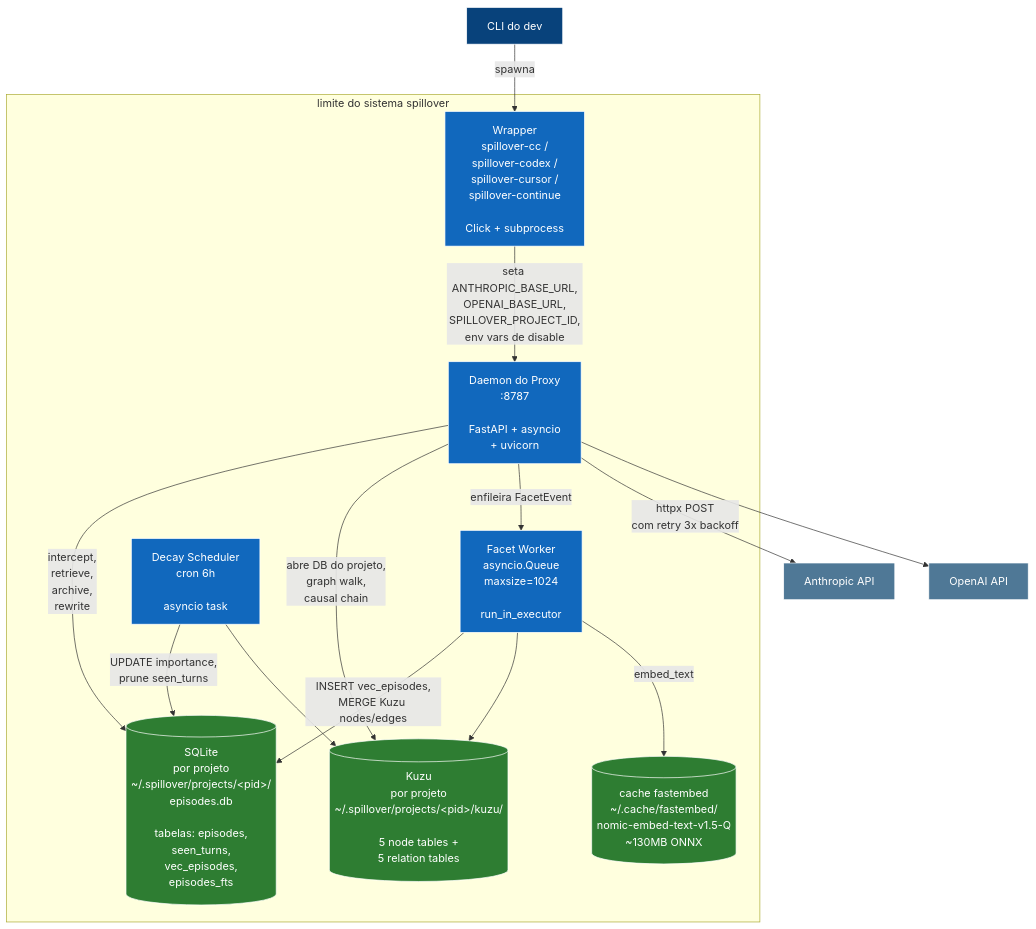
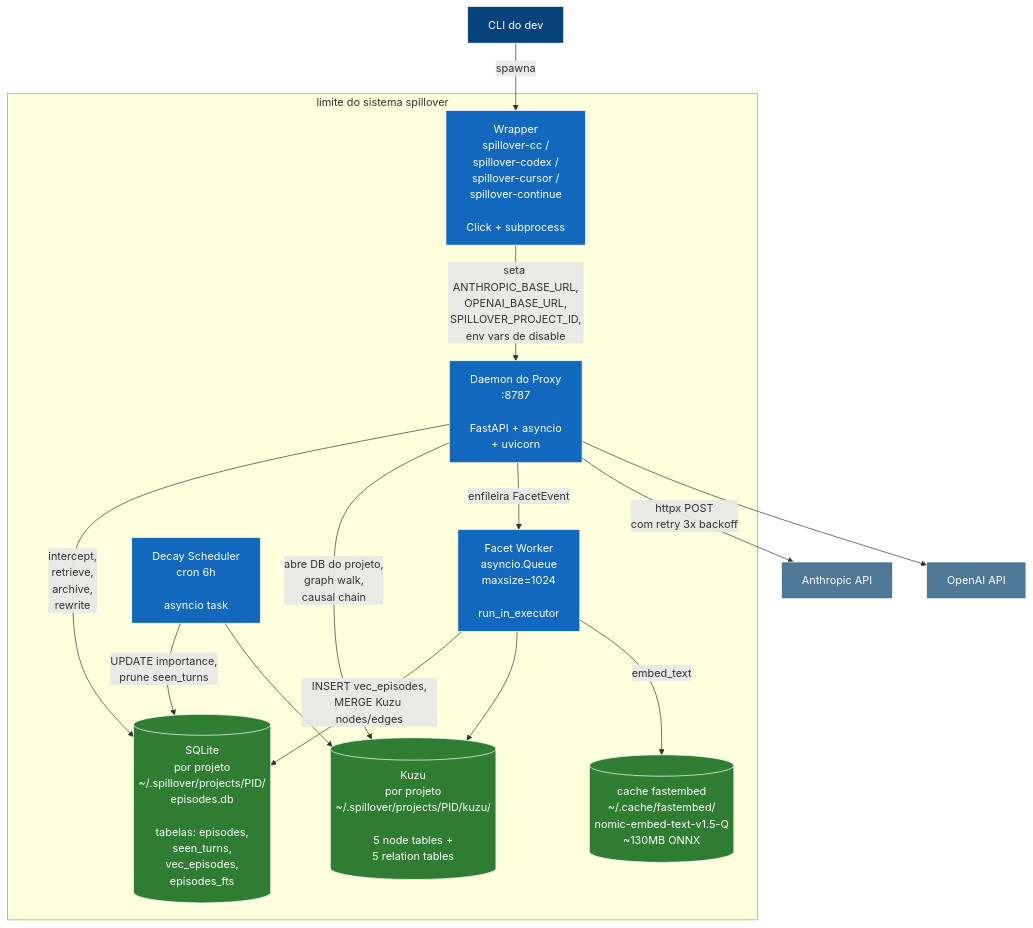
Before and after one commit to Luizhcrs/spillover: the diagram in docs/architecture/02-container.md, drawn with Mermaid. The commit also changed 8 other files, not shown here.

Commit message:
docs(architecture): corrigir syntax errors do mermaid (remover <b>, &lt;/&gt;, colons em labels)

````diff
--- a/docs/architecture/02-container.md
+++ b/docs/architecture/02-container.md
@@ -5,38 +5,38 @@
 ```mermaid
 graph TB
     classDef external fill:#4f7896,stroke:#fff,color:#fff
     classDef container fill:#1168bd,stroke:#fff,color:#fff
     classDef store fill:#2e7d32,stroke:#fff,color:#fff
     classDef person fill:#08427b,stroke:#fff,color:#fff
 
     user[CLI do dev]:::person
 
     subgraph spillover_system["limite do sistema spillover"]
         wrapper["Wrapper<br/>spillover-cc /<br/>spillover-codex /<br/>spillover-cursor /<br/>spillover-continue<br/><br/>Click + subprocess"]:::container
         proxy["Daemon do Proxy<br/>:8787<br/><br/>FastAPI + asyncio<br/>+ uvicorn"]:::container
         worker["Facet Worker<br/>asyncio.Queue<br/>maxsize=1024<br/><br/>run_in_executor"]:::container
         decay["Decay Scheduler<br/>cron 6h<br/><br/>asyncio task"]:::container
 
-        sqlite[("SQLite<br/>por projeto<br/>~/.spillover/projects/&lt;pid&gt;/<br/>episodes.db<br/><br/>tabelas: episodes,<br/>seen_turns,<br/>vec_episodes,<br/>episodes_fts")]:::store
-        kuzu[("Kuzu<br/>por projeto<br/>~/.spillover/projects/&lt;pid&gt;/kuzu/<br/><br/>5 node tables +<br/>5 relation tables")]:::store
+        sqlite[("SQLite<br/>por projeto<br/>~/.spillover/projects/PID/<br/>episodes.db<br/><br/>tabelas: episodes,<br/>seen_turns,<br/>vec_episodes,<br/>episodes_fts")]:::store
+        kuzu[("Kuzu<br/>por projeto<br/>~/.spillover/projects/PID/kuzu/<br/><br/>5 node tables +<br/>5 relation tables")]:::store
         fastembed[("cache fastembed<br/>~/.cache/fastembed/<br/>nomic-embed-text-v1.5-Q<br/>~130MB ONNX")]:::store
     end
 
     anthropic[Anthropic API]:::external
     openai[OpenAI API]:::external
 
     user -->|spawna| wrapper
     wrapper -->|"seta ANTHROPIC_BASE_URL,<br/>OPENAI_BASE_URL,<br/>SPILLOVER_PROJECT_ID,<br/>env vars de disable"| proxy
 
     proxy -->|"intercept,<br/>retrieve,<br/>archive,<br/>rewrite"| sqlite
     proxy -->|"abre DB do projeto,<br/>graph walk,<br/>causal chain"| kuzu
     proxy -->|"enfileira FacetEvent"| worker
     worker -->|"INSERT vec_episodes,<br/>MERGE Kuzu nodes/edges"| sqlite
     worker --> kuzu
     worker -->|"embed_text"| fastembed
     decay -->|"UPDATE importance,<br/>prune seen_turns"| sqlite
     decay --> kuzu
 
     proxy -->|"httpx POST<br/>com retry 3x backoff"| anthropic
     proxy --> openai
 ```
````
